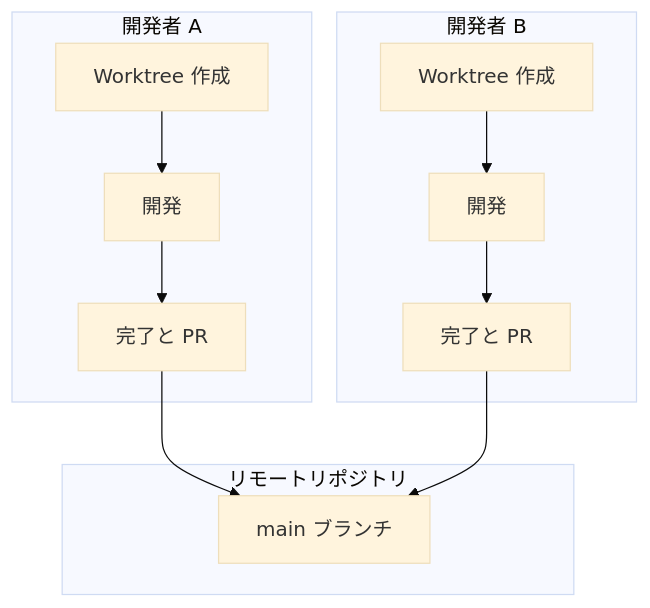
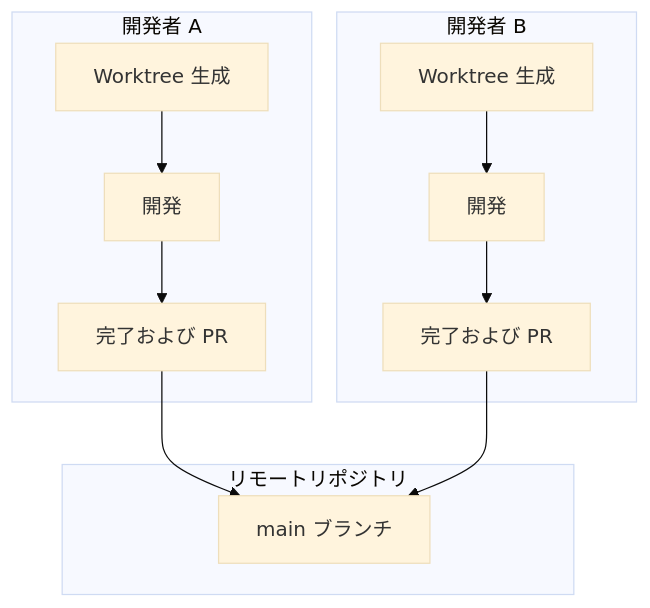
One commit to modu-ai/moai-adk changed the ninth of 9 diagrams in docs-site/content/ja/worktree/faq.md. Above: the diagram before and after it, drawn with Mermaid (base theme). The commit also changed other lines of this file and 180 other files, not shown here.

````diff
--- a/docs-site/content/ja/worktree/faq.md
+++ b/docs-site/content/ja/worktree/faq.md
@@ -504,21 +489,21 @@
 ```mermaid
 graph TB
     subgraph DevA["開発者 A"]
-        A1[Worktree 作成]
+        A1[Worktree 生成]
         A2[開発]
-        A3[完了と PR]
+        A3[完了および PR]
     end
 
     subgraph DevB["開発者 B"]
-        B1[Worktree 作成]
+        B1[Worktree 生成]
         B2[開発]
-        B3[完了と PR]
+        B3[完了および PR]
     end
 
     subgraph Remote["リモートリポジトリ"]
         R[main ブランチ]
     end
 
     A1 --> A2 --> A3 --> R
     B1 --> B2 --> B3 --> R
 ```
````
